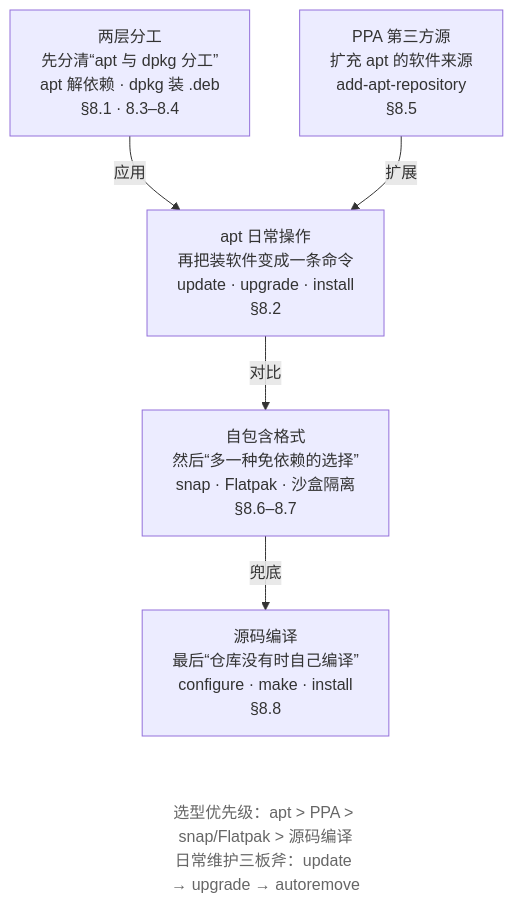
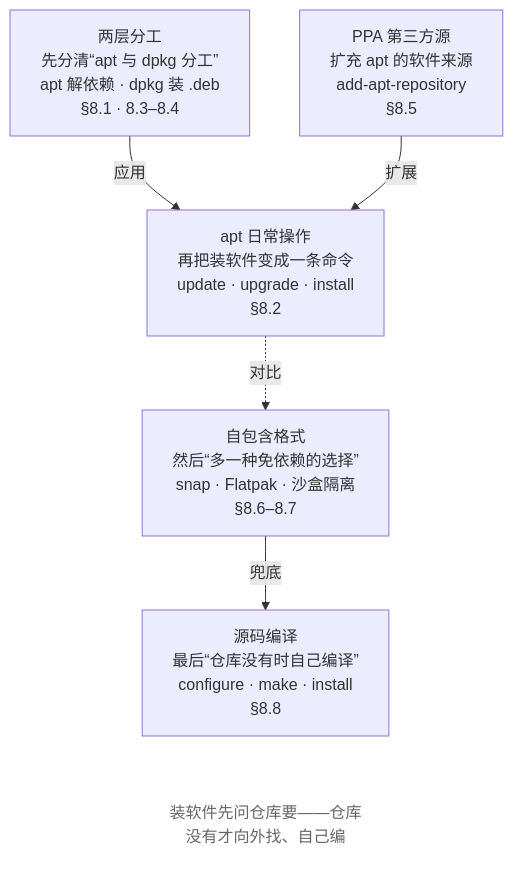
One commit to wangxiangnan/wangxiangnan.github.io changed the first of 2 diagrams in src/linux-command/ch08.md. Above: the diagram before and after it, drawn with Mermaid. The commit also changed other lines of this file and 25 other files, not shown here.

````diff
--- a/src/linux-command/ch08.md
+++ b/src/linux-command/ch08.md
@@ -14,18 +14,18 @@
 ```mermaid
 flowchart TB
     A["两层分工<br>先分清“apt 与 dpkg 分工”<br>apt 解依赖 · dpkg 装 .deb<br>§8.1 · 8.3–8.4"]
     B["apt 日常操作<br>再把装软件变成一条命令<br>update · upgrade · install<br>§8.2"]
     C["PPA 第三方源<br>扩充 apt 的软件来源<br>add-apt-repository<br>§8.5"]
     D["自包含格式<br>然后“多一种免依赖的选择”<br>snap · Flatpak · 沙盒隔离<br>§8.6–8.7"]
     E["源码编译<br>最后“仓库没有时自己编译”<br>configure · make · install<br>§8.8"]
-    NOTE["选型优先级：apt &gt; PPA &gt; snap/Flatpak &gt; 源码编译<br>日常维护三板斧：update → upgrade → autoremove"]
+    NOTE["装软件先问仓库要——仓库没有才向外找、自己编"]
 
     A -->|应用| B
     C -->|扩展| B
-    B -->|对比| D
+    B -.->|对比| D
     D -->|兜底| E
     E ~~~ NOTE
 
     classDef note fill:none,stroke:none,color:#666
     class NOTE note
 ```
````
